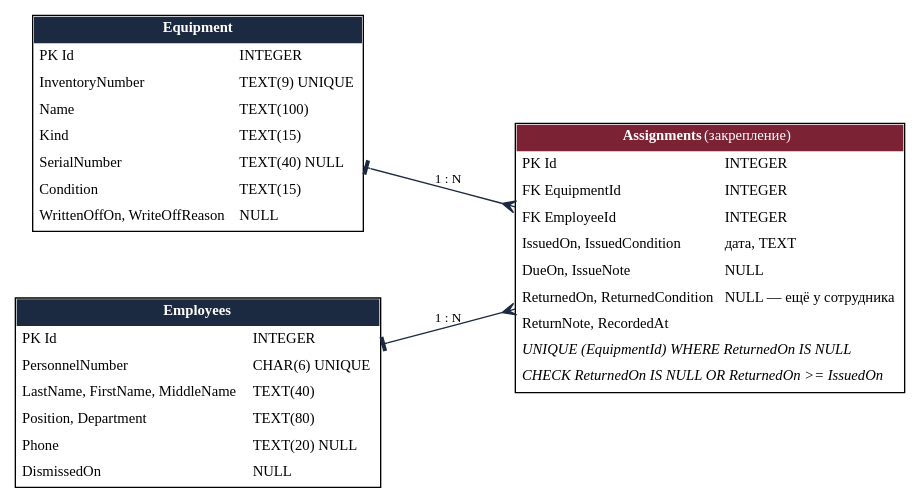
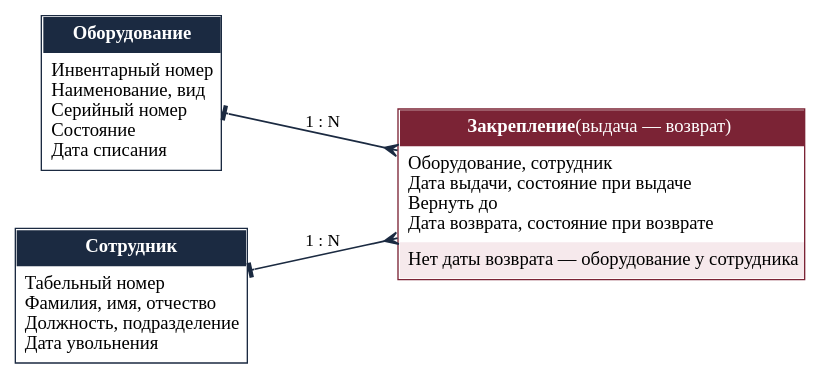
One commit to Black287234/KP-Nek changed the diagram in docs/report/diagrams/er.dot. Above: the diagram before and after it, drawn with Graphviz. The commit also changed 15 other files, not shown here.

First line of the commit message:
Упрощены схемы, легенда к выделенному правилу, последний слайд — только «Спасибо за внимание»

```diff
--- a/docs/report/diagrams/er.dot
+++ b/docs/report/diagrams/er.dot
@@ -1,34 +1,16 @@
 digraph G {
-  graph [rankdir=LR, fontname="Liberation Serif", bgcolor=white, nodesep=0.7, ranksep=1.1];
-  node [shape=plain, fontname="Liberation Serif", fontsize=11];
-  edge [fontname="Liberation Serif", fontsize=10, dir=both, arrowtail=tee, arrowhead=crow, color="#1b2a41"];
-  Eq [label=<<table border="1" cellborder="0" cellspacing="0" cellpadding="4">
-    <tr><td colspan="2" bgcolor="#1b2a41"><font color="white"><b>Equipment</b></font></td></tr>
-    <tr><td align="left">PK Id</td><td align="left">INTEGER</td></tr>
-    <tr><td align="left">InventoryNumber</td><td align="left">TEXT(9) UNIQUE</td></tr>
-    <tr><td align="left">Name</td><td align="left">TEXT(100)</td></tr>
-    <tr><td align="left">Kind</td><td align="left">TEXT(15)</td></tr>
-    <tr><td align="left">SerialNumber</td><td align="left">TEXT(40) NULL</td></tr>
-    <tr><td align="left">Condition</td><td align="left">TEXT(15)</td></tr>
-    <tr><td align="left">WrittenOffOn, WriteOffReason</td><td align="left">NULL</td></tr></table>>];
-  As [label=<<table border="1" cellborder="0" cellspacing="0" cellpadding="4">
-    <tr><td colspan="2" bgcolor="#7b2335"><font color="white"><b>Assignments</b> (закрепление)</font></td></tr>
-    <tr><td align="left">PK Id</td><td align="left">INTEGER</td></tr>
-    <tr><td align="left">FK EquipmentId</td><td align="left">INTEGER</td></tr>
-    <tr><td align="left">FK EmployeeId</td><td align="left">INTEGER</td></tr>
-    <tr><td align="left">IssuedOn, IssuedCondition</td><td align="left">дата, TEXT</td></tr>
-    <tr><td align="left">DueOn, IssueNote</td><td align="left">NULL</td></tr>
-    <tr><td align="left">ReturnedOn, ReturnedCondition</td><td align="left">NULL — ещё у сотрудника</td></tr>
-    <tr><td align="left">ReturnNote, RecordedAt</td><td align="left"></td></tr>
-    <tr><td align="left" colspan="2"><i>UNIQUE (EquipmentId) WHERE ReturnedOn IS NULL</i></td></tr>
-    <tr><td align="left" colspan="2"><i>CHECK ReturnedOn IS NULL OR ReturnedOn &gt;= IssuedOn</i></td></tr></table>>];
-  Em [label=<<table border="1" cellborder="0" cellspacing="0" cellpadding="4">
-    <tr><td colspan="2" bgcolor="#1b2a41"><font color="white"><b>Employees</b></font></td></tr>
-    <tr><td align="left">PK Id</td><td align="left">INTEGER</td></tr>
-    <tr><td align="left">PersonnelNumber</td><td align="left">CHAR(6) UNIQUE</td></tr>
-    <tr><td align="left">LastName, FirstName, MiddleName</td><td align="left">TEXT(40)</td></tr>
-    <tr><td align="left">Position, Department</td><td align="left">TEXT(80)</td></tr>
-    <tr><td align="left">Phone</td><td align="left">TEXT(20) NULL</td></tr>
-    <tr><td align="left">DismissedOn</td><td align="left">NULL</td></tr></table>>];
+  graph [rankdir=LR, fontname="Liberation Serif", bgcolor=white, nodesep=0.6, ranksep=1.2];
+  node [shape=plain, fontname="Liberation Serif", fontsize=14];
+  edge [fontname="Liberation Serif", fontsize=13, dir=both, arrowtail=tee, arrowhead=crow, color="#1b2a41", penwidth=1.3];
+  Eq [label=<<table border="1" cellborder="0" cellspacing="0" cellpadding="6" color="#1b2a41">
+    <tr><td bgcolor="#1b2a41"><font color="white"><b>Оборудование</b></font></td></tr>
+    <tr><td align="left" balign="left">Инвентарный номер<br/>Наименование, вид<br/>Серийный номер<br/>Состояние<br/>Дата списания</td></tr></table>>];
+  As [label=<<table border="1" cellborder="0" cellspacing="0" cellpadding="6" color="#7b2335">
+    <tr><td bgcolor="#7b2335"><font color="white"><b>Закрепление</b> (выдача — возврат)</font></td></tr>
+    <tr><td align="left" balign="left">Оборудование, сотрудник<br/>Дата выдачи, состояние при выдаче<br/>Вернуть до<br/>Дата возврата, состояние при возврате</td></tr>
+    <tr><td align="left" bgcolor="#f6e9ec">Нет даты возврата — оборудование у сотрудника</td></tr></table>>];
+  Em [label=<<table border="1" cellborder="0" cellspacing="0" cellpadding="6" color="#1b2a41">
+    <tr><td bgcolor="#1b2a41"><font color="white"><b>Сотрудник</b></font></td></tr>
+    <tr><td align="left" balign="left">Табельный номер<br/>Фамилия, имя, отчество<br/>Должность, подразделение<br/>Дата увольнения</td></tr></table>>];
   Eq -> As [label="1 : N"]; Em -> As [label="1 : N"];
 }
```
